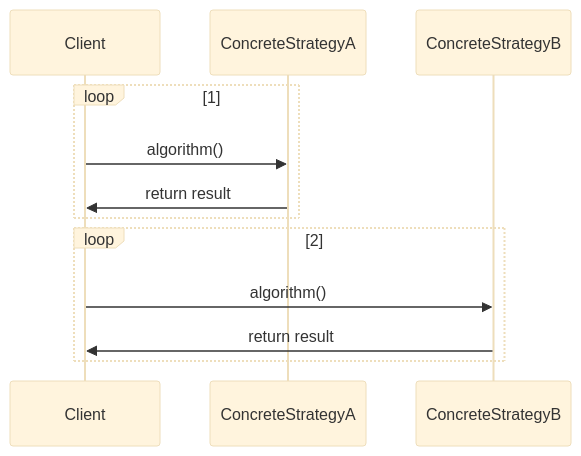
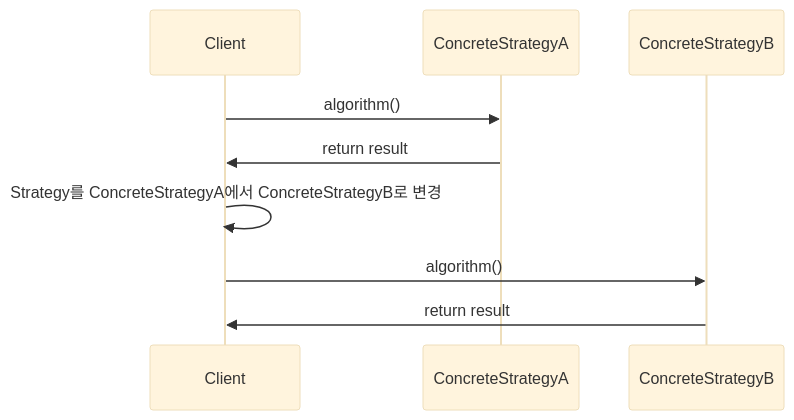
One commit to choesimin/choesimin.github.io changed the second of 5 diagrams in design/design-pattern/strategy-pattern.md. Above: the diagram before and after it, drawn with Mermaid (base theme). The commit also changed other lines of this file and 1 other file, not shown here.

````diff
--- a/design/design-pattern/strategy-pattern.md
+++ b/design/design-pattern/strategy-pattern.md
@@ -169,11 +84,9 @@
 ```mermaid
 sequenceDiagram
-loop 1
-    Client ->> ConcreteStrategyA : algorithm()
-    ConcreteStrategyA ->> Client : return result
-end
-loop 2
-    Client ->> ConcreteStrategyB : algorithm()
-    ConcreteStrategyB ->> Client : return result
-end
+
+Client ->> ConcreteStrategyA : algorithm()
+ConcreteStrategyA ->> Client : return result
+Client ->> Client : Strategy를 ConcreteStrategyA에서 ConcreteStrategyB로 변경
+Client ->> ConcreteStrategyB : algorithm()
+ConcreteStrategyB ->> Client : return result
 ```
````
